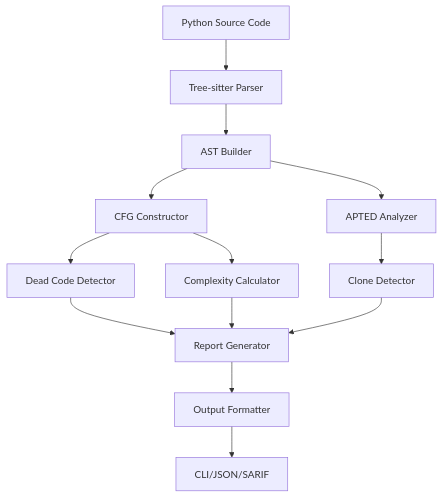
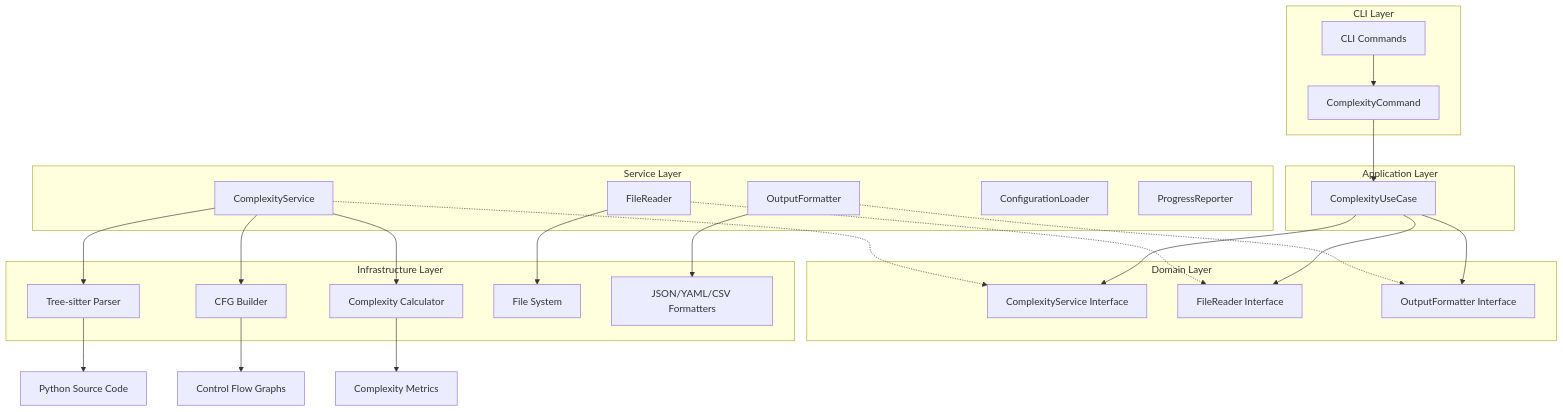
The diagram in docs/ARCHITECTURE.md (ludo-technologies/pyscn), drawn with Mermaid before and after one commit. The commit also changed other lines of this file, not shown here.

First line of the commit message:
docs: update ARCHITECTURE.md for clean architecture implementation

````diff
--- a/docs/ARCHITECTURE.md
+++ b/docs/ARCHITECTURE.md
@@ -7,15 +7,36 @@
 ```mermaid
 graph TB
-    A[Python Source Code] --> B[Tree-sitter Parser]
-    B --> C[AST Builder]
-    C --> D[CFG Constructor]
-    C --> E[APTED Analyzer]
-    D --> F[Dead Code Detector]
-    D --> G[Complexity Calculator]
-    E --> H[Clone Detector]
-    F --> I[Report Generator]
-    G --> I
-    H --> I
-    I --> J[Output Formatter]
-    J --> K[CLI/JSON/SARIF]
+    subgraph "CLI Layer"
+        A[CLI Commands] --> B[ComplexityCommand]
+    end
+    
+    subgraph "Application Layer"
+        B --> C[ComplexityUseCase]
+    end
+    
+    subgraph "Domain Layer"
+        C --> D[ComplexityService Interface]
+        C --> E[FileReader Interface]
+        C --> F[OutputFormatter Interface]
+    end
+    
+    subgraph "Service Layer"
+        G[ComplexityService] -.-> D
+        H[FileReader] -.-> E  
+        I[OutputFormatter] -.-> F
+        J[ConfigurationLoader]
+        K[ProgressReporter]
+    end
+    
+    subgraph "Infrastructure Layer"
+        G --> L[Tree-sitter Parser]
+        G --> M[CFG Builder]
+        G --> N[Complexity Calculator]
+        H --> O[File System]
+        I --> P[JSON/YAML/CSV Formatters]
+    end
+    
+    L --> Q[Python Source Code]
+    M --> R[Control Flow Graphs]
+    N --> S[Complexity Metrics]
 ```
````
